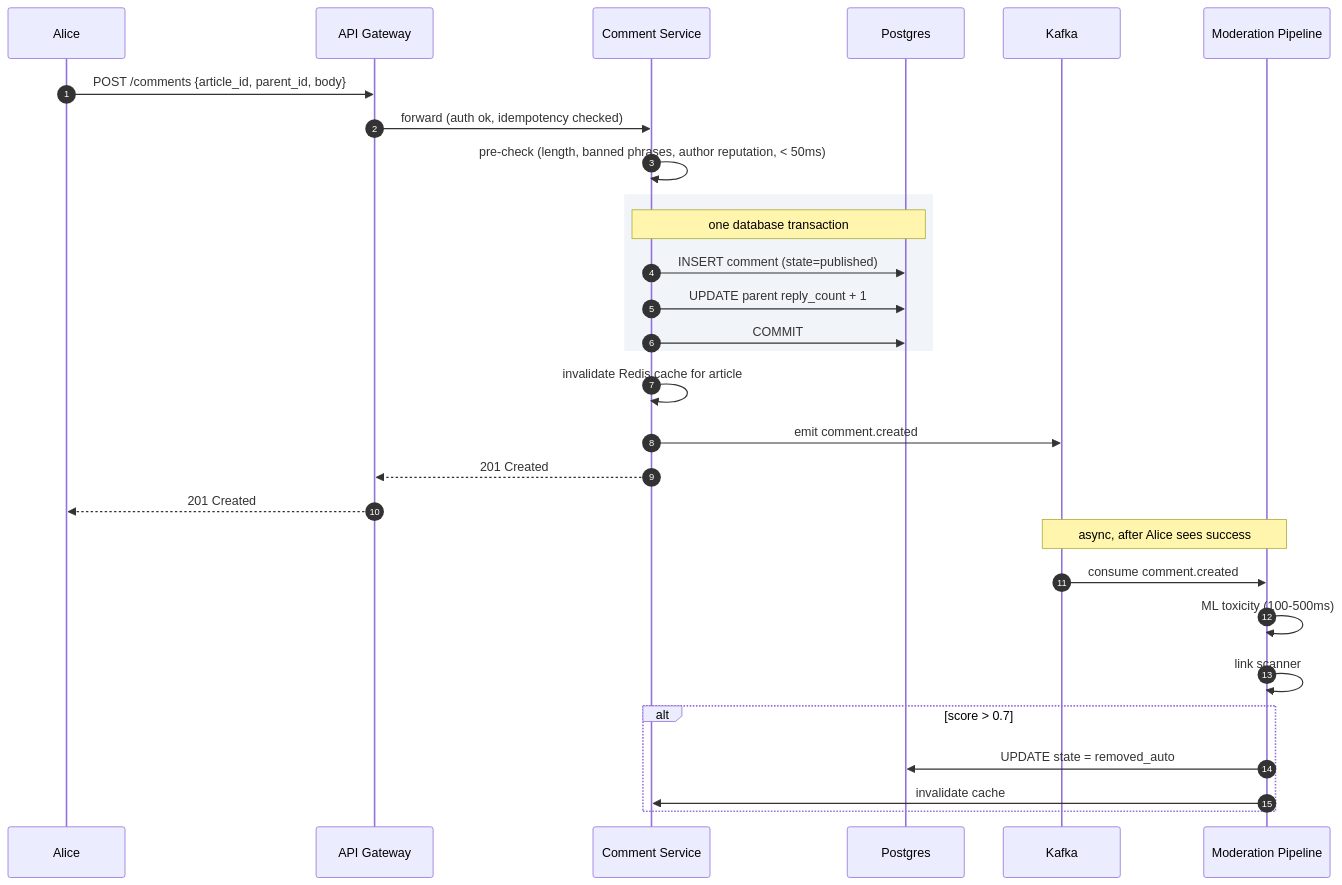
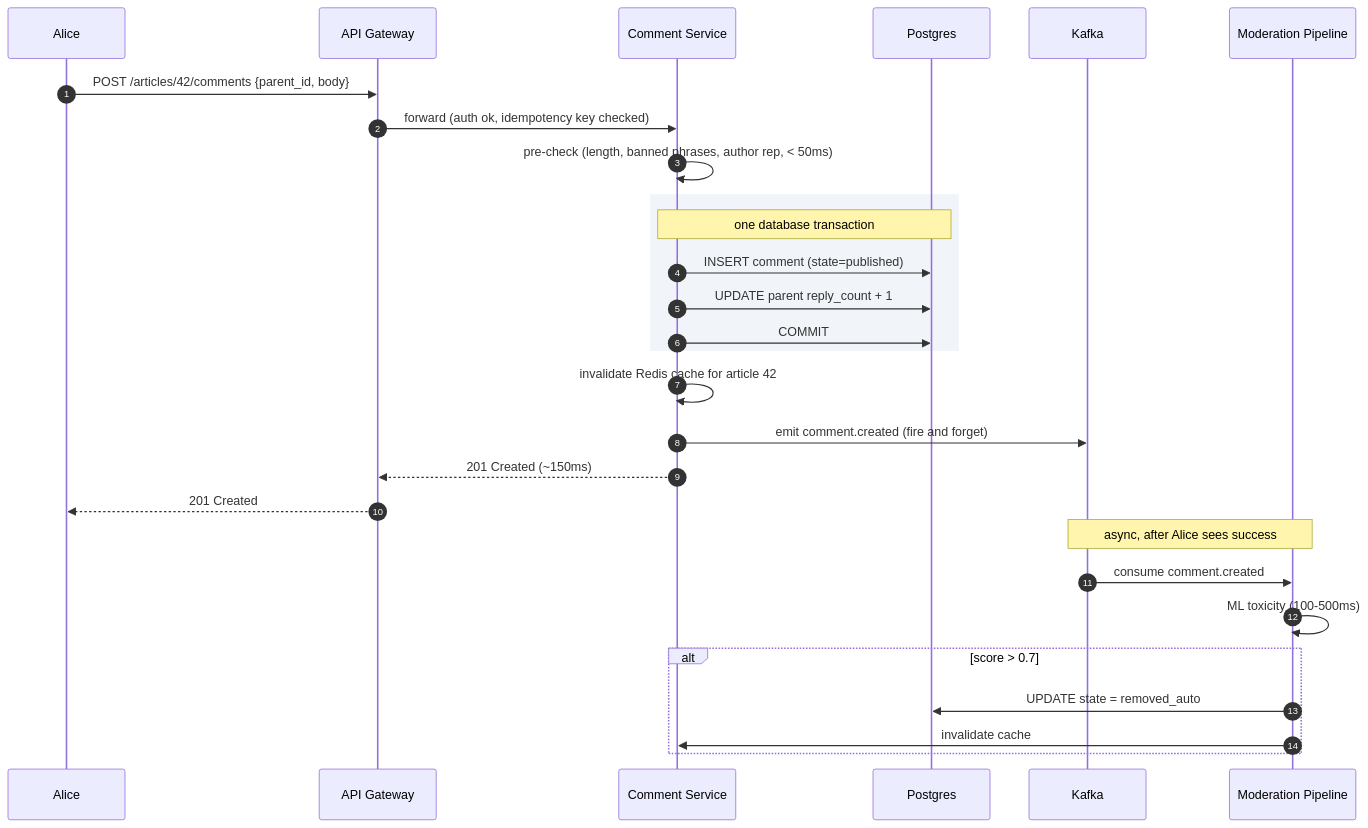
The eighth of 10 diagrams in problems/015-comment-system/question.md (shiningflash/system-design), drawn with Mermaid before and after one commit. The commit also changed other lines of this file and 37 other files, not shown here.

````diff
--- a/problems/015-comment-system/question.md
+++ b/problems/015-comment-system/question.md
@@ -385,35 +411,34 @@
 ```mermaid
 sequenceDiagram
     autonumber
     participant Alice
     participant GW as API Gateway
     participant CS as Comment Service
     participant DB as Postgres
     participant K as Kafka
     participant MOD as Moderation Pipeline
 
-    Alice->>GW: POST /comments {article_id, parent_id, body}
-    GW->>CS: forward (auth ok, idempotency checked)
-    CS->>CS: pre-check (length, banned phrases, author reputation, < 50ms)
+    Alice->>GW: POST /articles/42/comments {parent_id, body}
+    GW->>CS: forward (auth ok, idempotency key checked)
+    CS->>CS: pre-check (length, banned phrases, author rep, < 50ms)
 
     rect rgb(241, 245, 249)
         Note over CS,DB: one database transaction
         CS->>DB: INSERT comment (state=published)
         CS->>DB: UPDATE parent reply_count + 1
         CS->>DB: COMMIT
     end
 
-    CS->>CS: invalidate Redis cache for article
-    CS->>K: emit comment.created
-    CS-->>GW: 201 Created
+    CS->>CS: invalidate Redis cache for article 42
+    CS->>K: emit comment.created (fire and forget)
+    CS-->>GW: 201 Created (~150ms)
     GW-->>Alice: 201 Created
 
     Note over K,MOD: async, after Alice sees success
     K->>MOD: consume comment.created
     MOD->>MOD: ML toxicity (100-500ms)
-    MOD->>MOD: link scanner
     alt score > 0.7
         MOD->>DB: UPDATE state = removed_auto
         MOD->>CS: invalidate cache
     end
 ```
````
